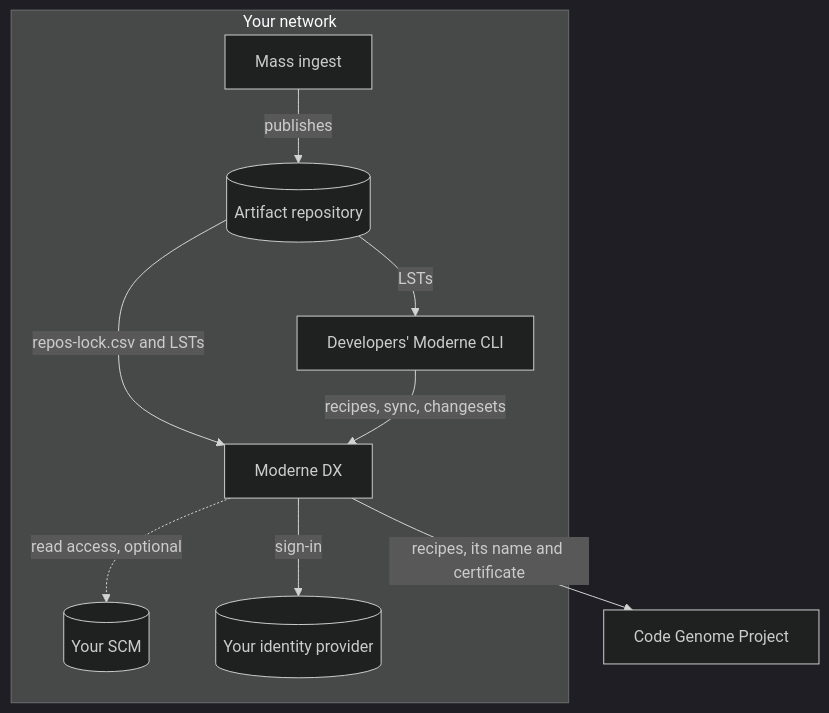
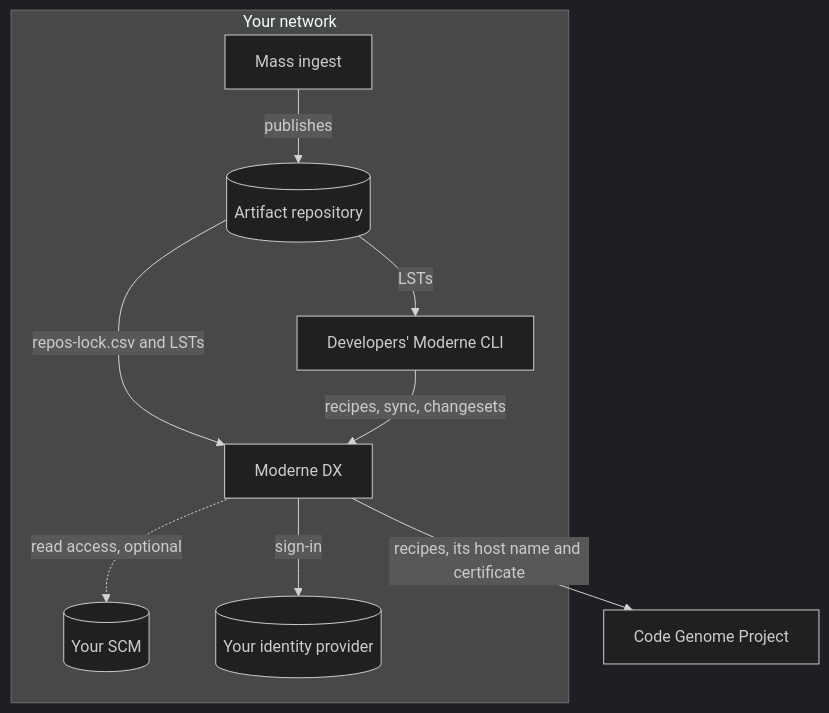
One commit to moderneinc/moderne-docs changed the diagram in docs/administrator-documentation/moderne-dx/getting-started/overview.md. Above: the diagram before and after it, drawn with Mermaid (dark theme). The commit also changed other lines of this file and 2 other files, not shown here.

Commit message:
Name -> host name
For clarity

````diff
--- a/docs/administrator-documentation/moderne-dx/getting-started/overview.md
+++ b/docs/administrator-documentation/moderne-dx/getting-started/overview.md
@@ -25,12 +25,12 @@
 ```mermaid
 flowchart TB
     subgraph network["Your network"]
         ingest["Mass ingest"] -->|publishes| artifacts[("Artifact repository")]
         artifacts -->|repos-lock.csv and LSTs| dx["Moderne DX"]
         artifacts -->|LSTs| cli["Developers' Moderne CLI"]
         cli -->|recipes, sync, changesets| dx
         dx -.->|read access, optional| scm[("Your SCM")]
         dx -->|sign-in| idp[("Your identity provider")]
     end
-    dx -->|recipes, its name and certificate| cgp["Code Genome Project"]
+    dx -->|recipes, its host name and certificate| cgp["Code Genome Project"]
 ```
````
